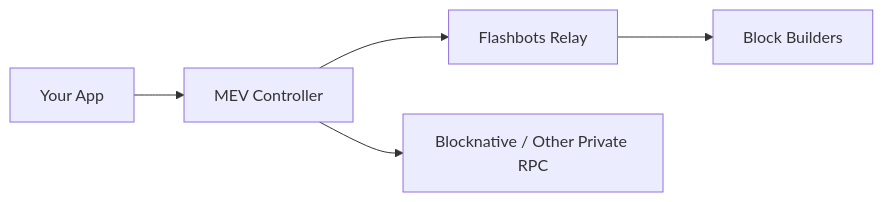
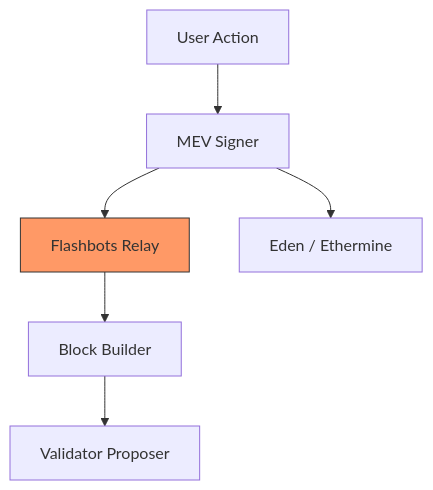
One commit to ImL1s/dart_web3 changed the diagram in dart_web3/packages/mev/README.md. Above: the diagram before and after it, drawn with Mermaid. The commit also changed other lines of this file and 31 other files, not shown here.

````diff
--- a/dart_web3/packages/mev/README.md
+++ b/dart_web3/packages/mev/README.md
@@ -14,7 +17,11 @@
 ```mermaid
-graph LR
-    DApp[Your App] --> MEV[MEV Controller]
+graph TD
+    App[User Action] --> MEV[MEV Signer]
     MEV --> Flashbots[Flashbots Relay]
-    MEV --> PrivateRPC[Blocknative / Other Private RPC]
-    Flashbots --> Builder[Block Builders]
+    MEV --> Other[Eden / Ethermine]
+    
+    Flashbots --> Builder[Block Builder]
+    Builder --> Proposer[Validator Proposer]
+    
+    style Flashbots fill:#f96,stroke:#333
 ```
````
